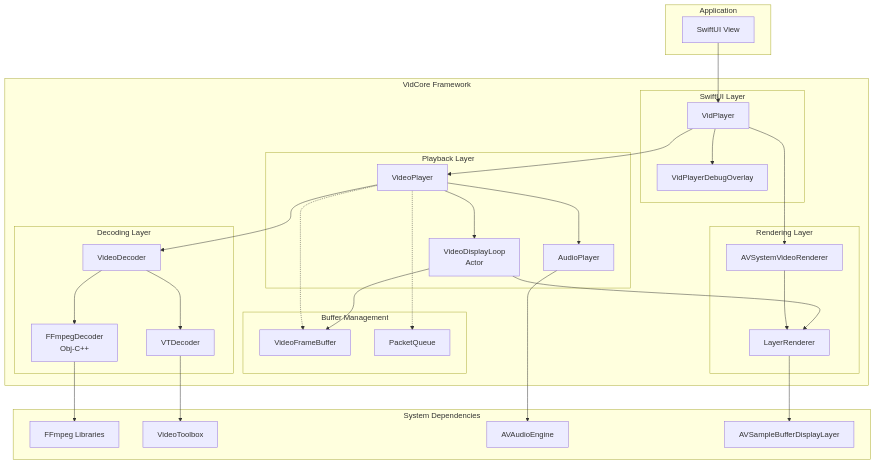
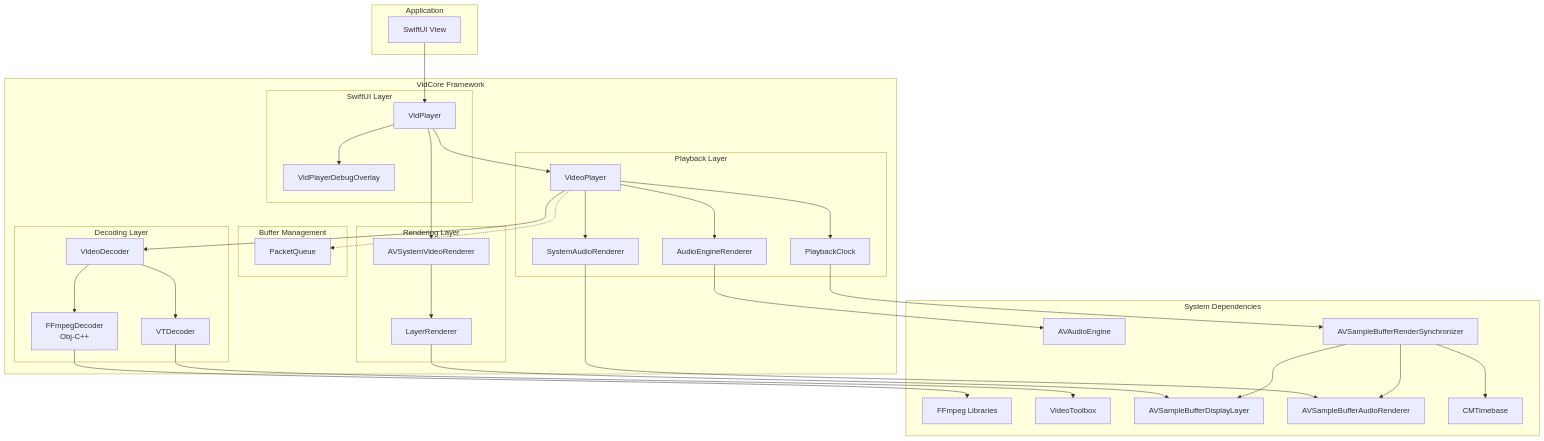
The diagram in README.md (ptaru/VidCore), drawn with Mermaid before and after one commit. The commit also changed other lines of this file and 24 other files, not shown here.

````diff
--- a/README.md
+++ b/README.md
@@ -631,65 +643,70 @@
 ```mermaid
 graph TD
     subgraph App [Application]
         UI[SwiftUI View]
     end
 
     subgraph VidCore [VidCore Framework]
         subgraph SwiftUI [SwiftUI Layer]
             VPV[VidPlayer]
             VPDO[VidPlayerDebugOverlay]
         end
 
         subgraph Playback [Playback Layer]
             VP[VideoPlayer]
-            VDL[VideoDisplayLoop<br/>Actor]
-            AP[AudioPlayer]
+            PC[PlaybackClock]
+            SAR[SystemAudioRenderer]
+            AER[AudioEngineRenderer]
         end
 
         subgraph Buffers [Buffer Management]
-            VFB[VideoFrameBuffer]
             PQ[PacketQueue]
         end
 
         subgraph Decoding [Decoding Layer]
             VD[VideoDecoder]
             FD[FFmpegDecoder<br/>Obj-C++]
             VTD[VTDecoder]
         end
 
         subgraph Rendering [Rendering Layer]
             LR[LayerRenderer]
             ASVR[AVSystemVideoRenderer]
         end
     end
 
     subgraph System [System Dependencies]
         FF[FFmpeg Libraries]
         VT[VideoToolbox]
-        AV[AVAudioEngine]
         ASBDL[AVSampleBufferDisplayLayer]
+        ASBAR[AVSampleBufferAudioRenderer]
+        AVAE[AVAudioEngine]
+        ASBRS[AVSampleBufferRenderSynchronizer]
+        CMTB[CMTimebase]
     end
 
     UI --> VPV
     VPV --> VP
     VPV --> VPDO
     VPV --> ASVR
     ASVR --> LR
     LR --> ASBDL
 
-    VP --> VDL
     VP --> VD
-    VP --> AP
-    VP -.-> VFB
+    VP --> SAR
+    VP --> AER
+    VP --> PC
     VP -.-> PQ
-    
-    VDL --> VFB
-    VDL --> LR
     
     VD --> FD
     VD --> VTD
     FD --> FF
     VTD --> VT
-    
-    AP --> AV
+
+    SAR --> ASBAR
+    AER --> AVAE
+    PC --> ASBRS
+    ASBRS --> ASBDL
+    ASBRS --> ASBAR
+    ASBRS --> CMTB
 ```
````
